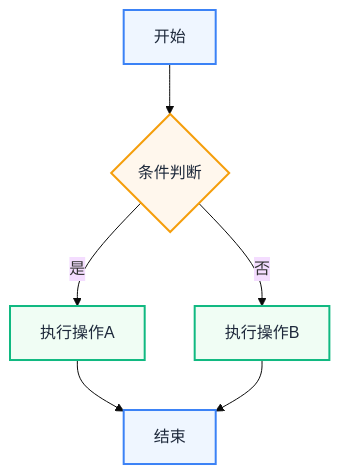
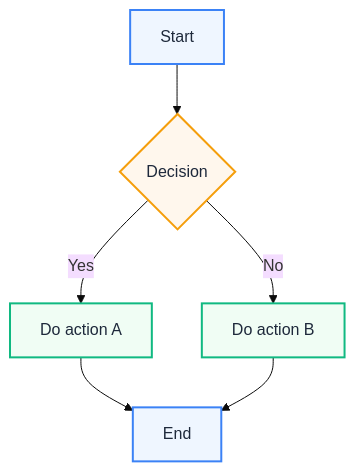
One commit to abdou-da0wew/zcode-skills changed the first of 15 diagrams in skills/charts/references/mermaid.md. Above: the diagram before and after it, drawn with Mermaid (base theme). The commit also changed other lines of this file and 504 other files, not shown here.

````diff
--- a/skills/charts/references/mermaid.md
+++ b/skills/charts/references/mermaid.md
@@ -247,14 +247,14 @@
 ```mermaid
 flowchart TB
-    A[开始] --> B{条件判断}
-    B -->|是| C[执行操作A]
-    B -->|否| D[执行操作B]
-    C --> E[结束]
+    A[Start] --> B{Decision}
+    B -->|Yes| C[Do action A]
+    B -->|No| D[Do action B]
+    C --> E[End]
     D --> E
 
     style A fill:#EFF6FF,stroke:#3B82F6,stroke-width:2px,color:#1E293B
     style B fill:#FFF7ED,stroke:#F59E0B,stroke-width:2px,color:#1E293B
     style C fill:#F0FDF4,stroke:#10B981,stroke-width:2px,color:#1E293B
     style D fill:#F0FDF4,stroke:#10B981,stroke-width:2px,color:#1E293B
     style E fill:#EFF6FF,stroke:#3B82F6,stroke-width:2px,color:#1E293B
 ```
````
